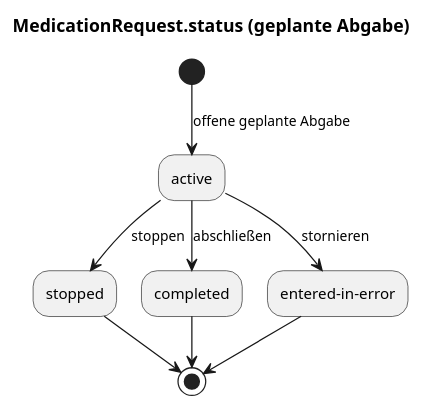
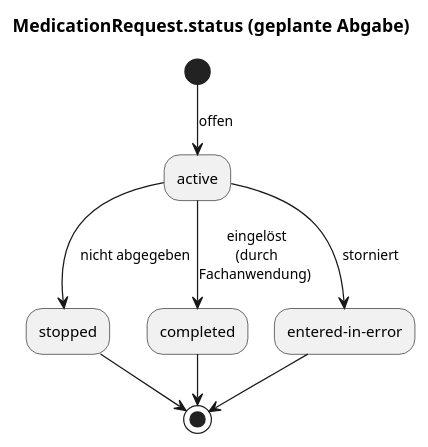
One commit to HL7Austria/ELGA-e-Medikation-R4 changed the diagram in plantuml/stateDiagram_mr_status_geplanteAbgabe.plantuml. Above: the diagram before and after it, drawn with PlantUML. The commit also changed 2 other files, not shown here.

Commit message:
Update diagram

```diff
--- a/plantuml/stateDiagram_mr_status_geplanteAbgabe.plantuml
+++ b/plantuml/stateDiagram_mr_status_geplanteAbgabe.plantuml
@@ -1,11 +1,11 @@
 @startuml
 title MedicationRequest.status (geplante Abgabe)
 
-(*) --> [offene geplante Abgabe] active
-active --> [stoppen] stopped
-active --> [abschließen] completed  
-active --> [stornieren] "entered-in-error"
+(*) --> [offen] active
+active --> [nicht abgegeben] stopped
+active --> [eingelöst\n(durch\nFachanwendung) ] completed  
+active --> [storniert] "entered-in-error"
 stopped --> (*)
 "entered-in-error" --> (*)
 completed --> (*)
 @enduml
```
